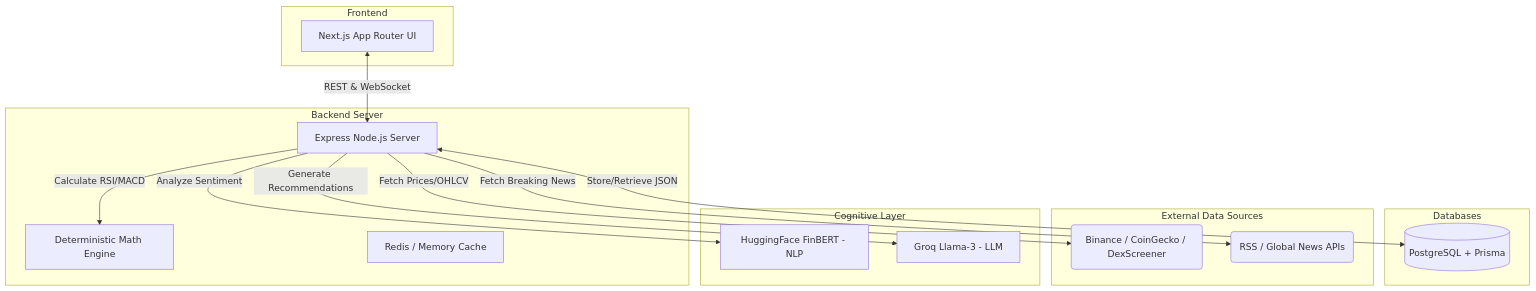
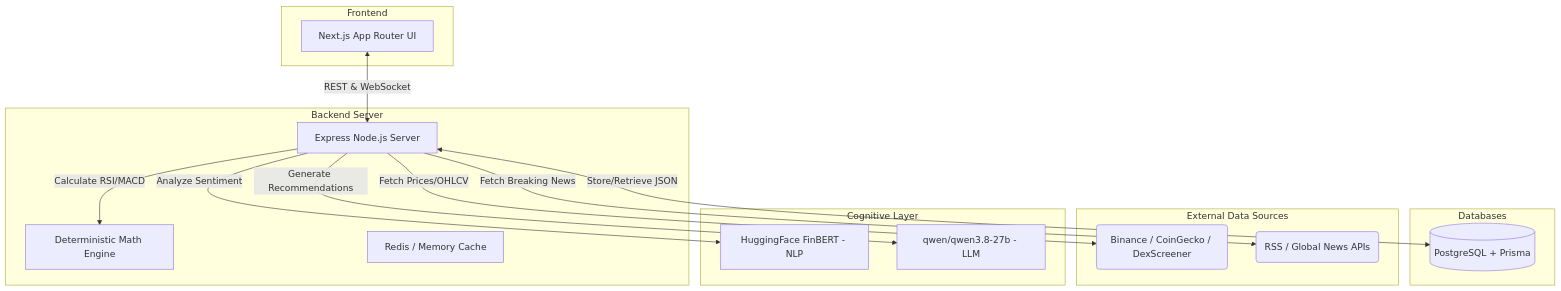
One commit to punyajain1/Beacon changed the first of 2 diagrams in README.md. Above: the diagram before and after it, drawn with Mermaid. The commit also changed other lines of this file and 8 other files, not shown here.

Commit message:
feat: redesign architecture diagrams and update ai model to qwen3.8-27b

````diff
--- a/README.md
+++ b/README.md
@@ -22,34 +22,34 @@
 ```mermaid
 graph TD
     subgraph Frontend
         Client[Next.js App Router UI]
     end
 
     subgraph Backend Server
         Server[Express Node.js Server]
         MathEngine[Deterministic Math Engine]
         Cache[Redis / Memory Cache]
     end
 
     subgraph Databases
         DB[(PostgreSQL + Prisma)]
     end
 
     subgraph External Data Sources
         MarketAPIs(Binance / CoinGecko / DexScreener)
         RSSFeed(RSS / Global News APIs)
     end
 
     subgraph Cognitive Layer
         FinBERT[HuggingFace FinBERT - NLP]
-        Groq[Groq Llama-3 - LLM]
+        Qwen[qwen/qwen3.8-27b - LLM]
     end
 
     Client <-->|REST & WebSocket| Server
     Server <-->|Store/Retrieve JSON| DB
     Server -->|Fetch Prices/OHLCV| MarketAPIs
     Server -->|Fetch Breaking News| RSSFeed
     Server -->|Calculate RSI/MACD| MathEngine
     Server -->|Analyze Sentiment| FinBERT
-    Server -->|Generate Recommendations| Groq
+    Server -->|Generate Recommendations| Qwen
 ```
````
